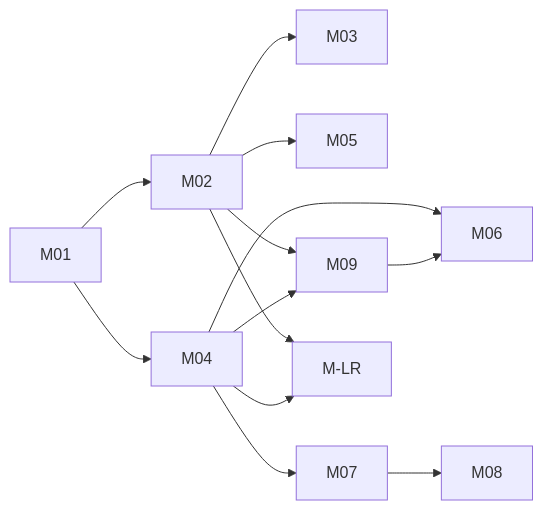
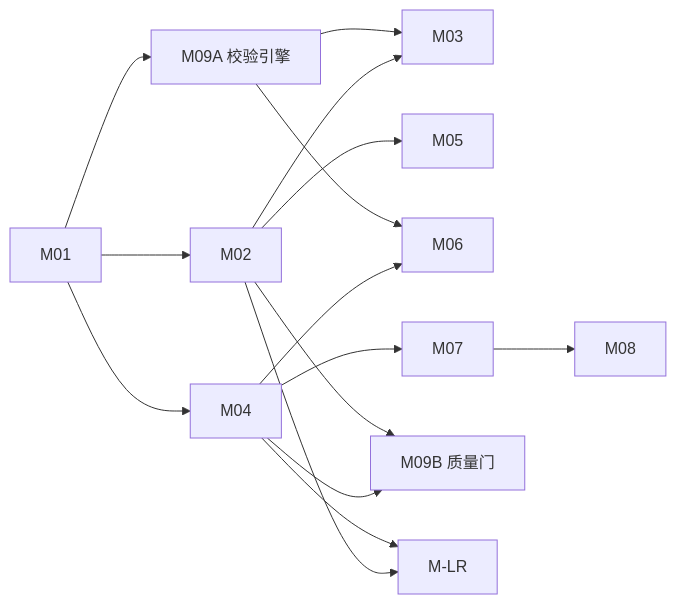
One commit to amoslee2026/AgenticDocer changed the second of 6 diagrams in spec/idea/design_doc.md. Above: the diagram before and after it, drawn with Mermaid. The commit also changed other lines of this file and 2 other files, not shown here.

````diff
--- a/spec/idea/design_doc.md
+++ b/spec/idea/design_doc.md
@@ -101,15 +106,17 @@
 ```mermaid
 flowchart LR
     M01 --> M02
     M01 --> M04
+    M01 --> M09A["M09A 校验引擎"]
     M02 --> M03
+    M09A --> M03
     M02 --> M05
-    M02 --> M09
     M04 --> M06
-    M09 --> M06
+    M09A --> M06
     M04 --> M07
     M07 --> M08
-    M04 --> M09
+    M04 --> M09B["M09B 质量门"]
+    M02 --> M09B
     M02 --> MLR[M-LR]
     M04 --> MLR
 ```
````
